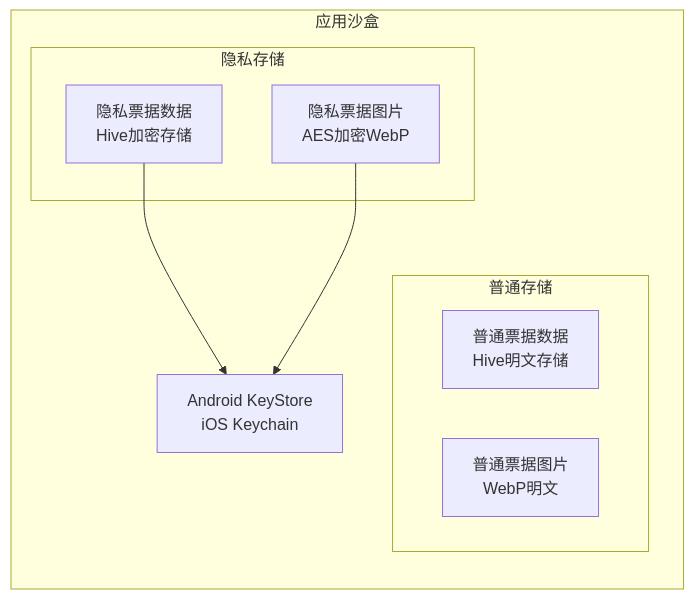
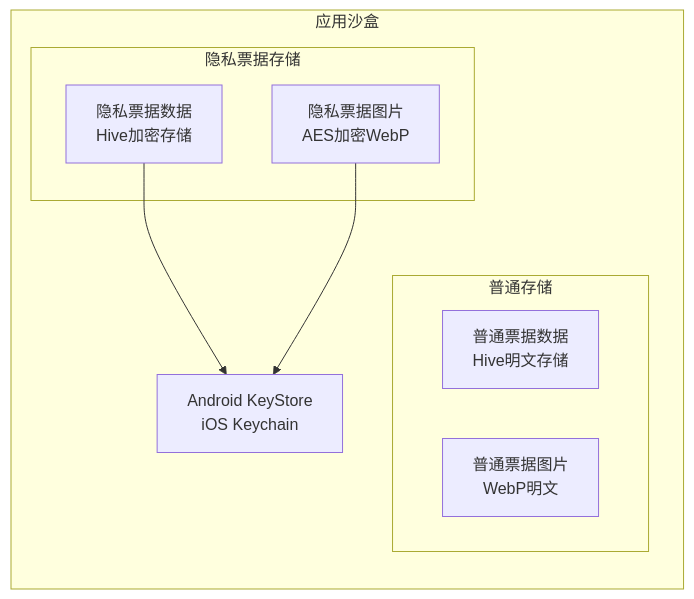
One commit to babydu/piaoju4.2 changed the third of 6 diagrams in .monkeycode/specs/ticket-vault/design.md. Above: the diagram before and after it, drawn with Mermaid. The commit also changed other lines of this file and 1 other file, not shown here.

Commit message:
fix: 修复术语不一致问题
- 设计文档：隐私箱密码 → 隐私票据密码
- 设计文档：隐私存储 → 隐私票据存储
- 需求文档：隐私验证 → 隐私票据（行86,87）

````diff
--- a/.monkeycode/specs/ticket-vault/design.md
+++ b/.monkeycode/specs/ticket-vault/design.md
@@ -115,19 +115,19 @@
 ```mermaid
 graph LR
     subgraph 应用沙盒
         subgraph 普通存储
             NormalDB["普通票据数据\nHive明文存储"]
             NormalFiles["普通票据图片\nWebP明文"]
         end
         
-        subgraph 隐私存储
+        subgraph 隐私票据存储
             PrivateDB["隐私票据数据\nHive加密存储"]
             PrivateFiles["隐私票据图片\nAES加密WebP"]
         end
         
         KeyStore["Android KeyStore\niOS Keychain"]
     end
     
     PrivateDB --> KeyStore
     PrivateFiles --> KeyStore
 ```
````
